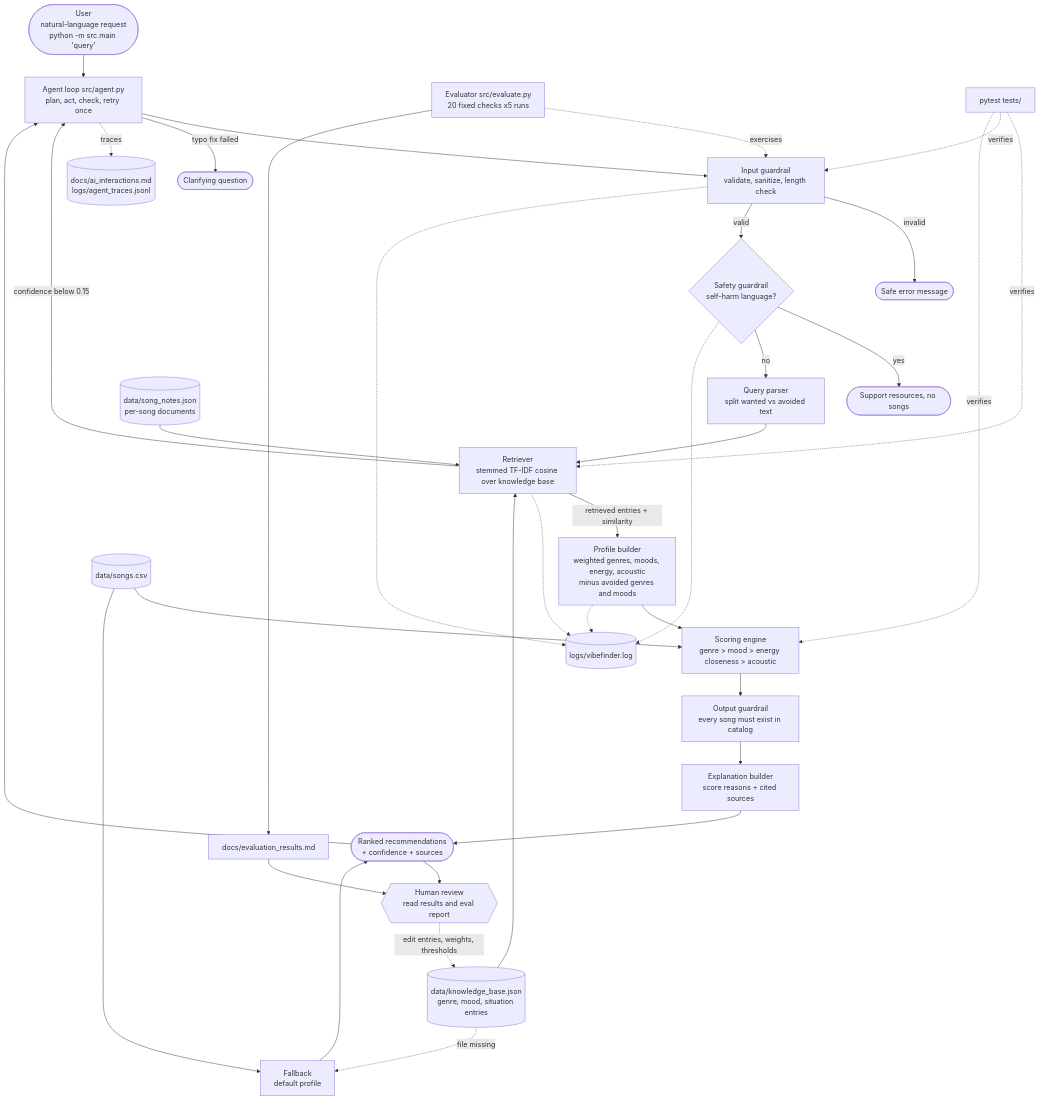
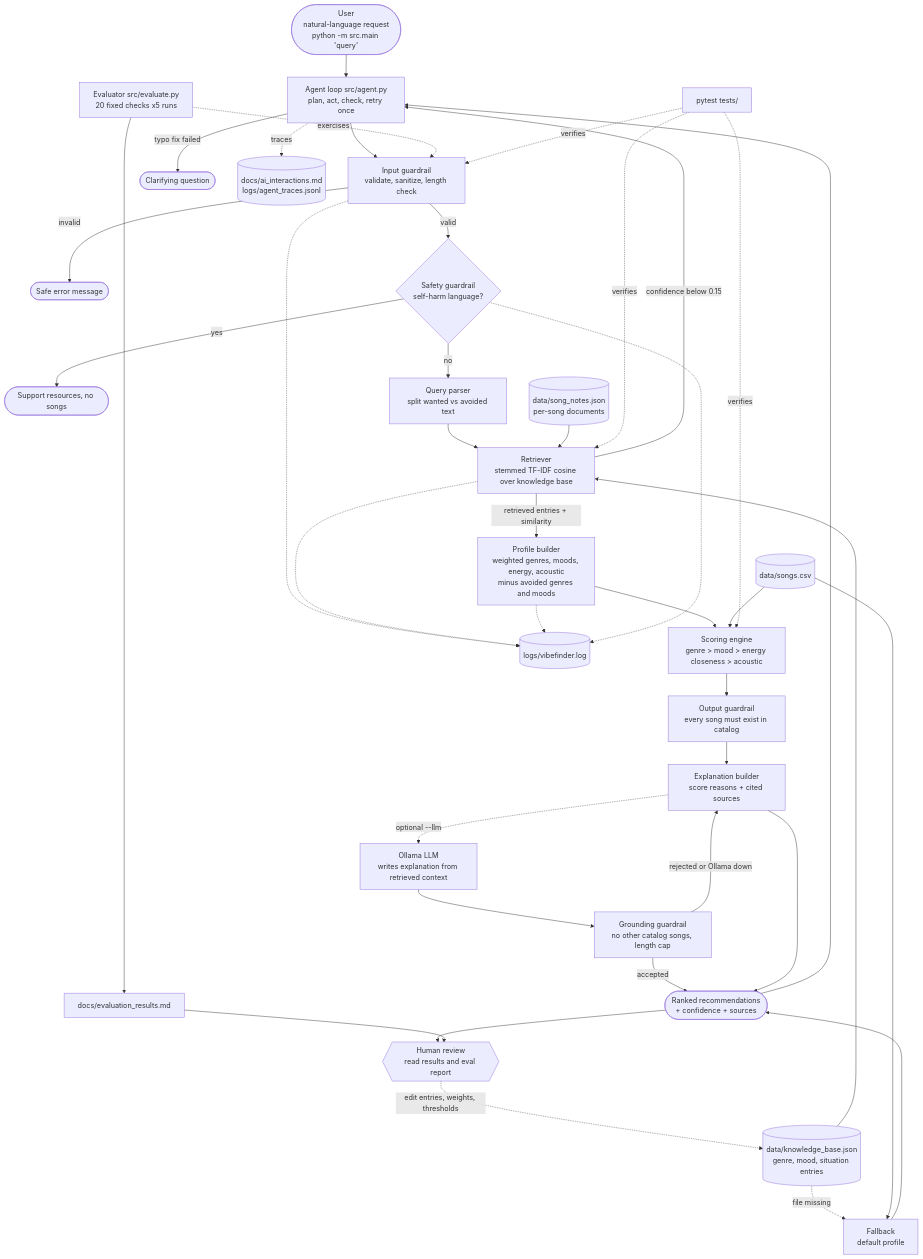
The diagram in diagrams/architecture.mmd (ferihao/applied-ai-system-final), drawn with Mermaid before and after one commit. The commit also changed 10 other files, not shown here.

Commit message:
Add optional Ollama LLM generation step with grounding guardrail, fallback, tests, and evidence

```diff
--- a/diagrams/architecture.mmd
+++ b/diagrams/architecture.mmd
@@ -1,44 +1,48 @@
 flowchart TD
     %% INPUT
     U([User<br/>natural-language request<br/>python -m src.main 'query']) --> AG[Agent loop src/agent.py<br/>plan, act, check, retry once]
     AG --> G1[Input guardrail<br/>validate, sanitize, length check]
     G1 -- invalid --> ERR([Safe error message])
     G1 -- valid --> SAFE{Safety guardrail<br/>self-harm language?}
     SAFE -- yes --> HELP([Support resources, no songs])
 
     %% RETRIEVAL
     SAFE -- no --> QP[Query parser<br/>split wanted vs avoided text]
     QP --> RET[Retriever<br/>stemmed TF-IDF cosine over knowledge base]
     KB[(data/knowledge_base.json<br/>genre, mood, situation entries)] --> RET
     SN[(data/song_notes.json<br/>per-song documents)] --> RET
     RET -- confidence below 0.15 --> AG
     AG -- typo fix failed --> ASK([Clarifying question])
     KB -. file missing .-> FB[Fallback<br/>default profile]
 
     %% GENERATION
     RET -- retrieved entries + similarity --> PROF[Profile builder<br/>weighted genres, moods, energy, acoustic<br/>minus avoided genres and moods]
     PROF --> SC[Scoring engine<br/>genre > mood > energy closeness > acoustic]
     SONGS[(data/songs.csv)] --> SC
     SONGS --> FB
     SC --> G2[Output guardrail<br/>every song must exist in catalog]
     G2 --> EXP[Explanation builder<br/>score reasons + cited sources]
+    EXP -. optional --llm .-> LLM[Ollama LLM<br/>writes explanation from retrieved context]
+    LLM --> G3[Grounding guardrail<br/>no other catalog songs, length cap]
+    G3 -- rejected or Ollama down --> EXP
+    G3 -- accepted --> OUT
     FB --> OUT
     EXP --> OUT([Ranked recommendations<br/>+ confidence + sources])
 
     %% LOGGING
     G1 -.-> LOG[(logs/vibefinder.log)]
     RET -.-> LOG
     PROF -.-> LOG
     SAFE -.-> LOG
 
     %% TESTING AND HUMAN REVIEW
     EVAL[Evaluator src/evaluate.py<br/>20 fixed checks x5 runs] -. exercises .-> G1
     EVAL --> REP[docs/evaluation_results.md]
     UT[pytest tests/] -. verifies .-> RET
     UT -. verifies .-> G1
     UT -. verifies .-> SC
     OUT --> AG
     AG -. traces .-> TR[(docs/ai_interactions.md<br/>logs/agent_traces.jsonl)]
     OUT --> H{{Human review<br/>read results and eval report}}
     REP --> H
     H -. edit entries, weights, thresholds .-> KB
```
